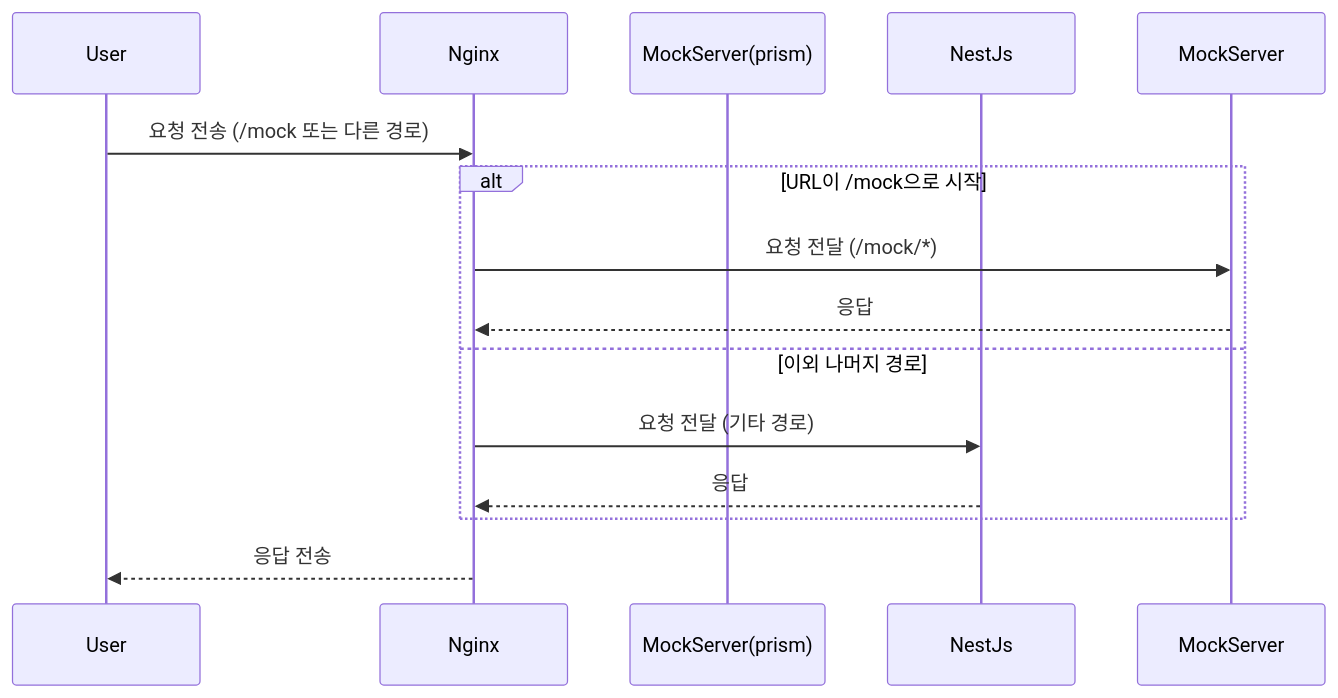
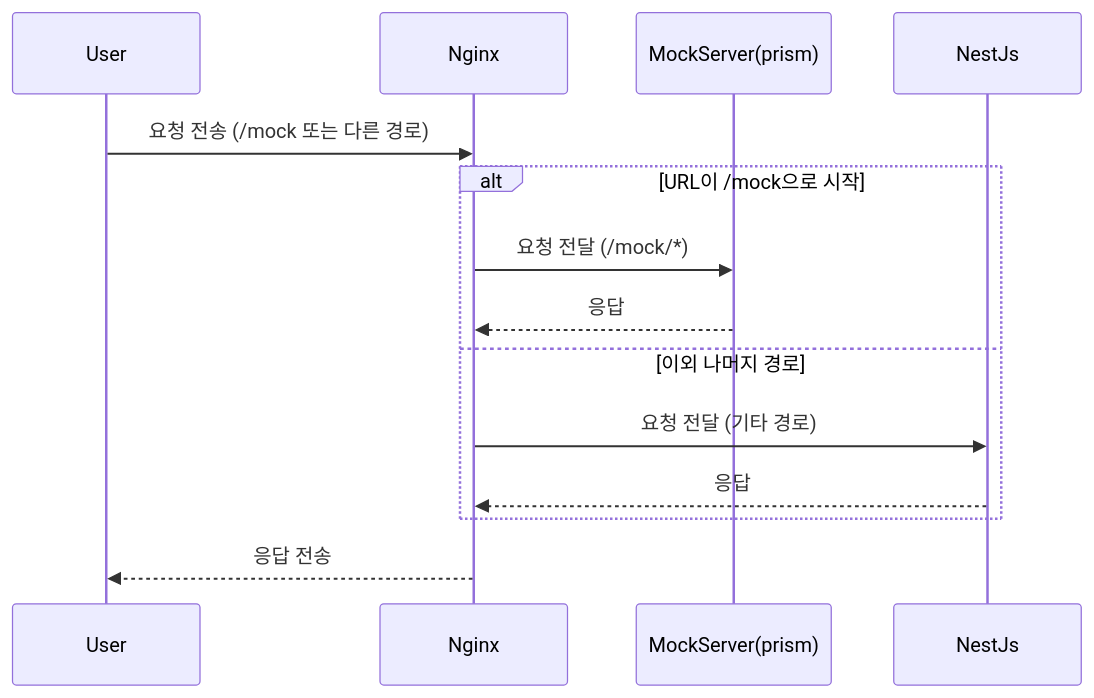
The first of 6 diagrams in README.md (getBlackBadge/3rd-concert), drawn with Mermaid before and after one commit.

Commit message:
[docs] mock server 다이어그램 수정

````diff
--- a/README.md
+++ b/README.md
@@ -19,17 +19,17 @@
 ```mermaid
 sequenceDiagram
     participant User
     participant Nginx
-    participant MockServer(prism)
+    participant MockServer as MockServer(prism)
     participant NestJs
 
     User ->> Nginx: 요청 전송 (/mock 또는 다른 경로)
     alt URL이 /mock으로 시작
         Nginx ->> MockServer: 요청 전달 (/mock/*)
         MockServer -->> Nginx: 응답
     else 이외 나머지 경로
         Nginx ->> NestJs: 요청 전달 (기타 경로)
         NestJs -->> Nginx: 응답
     end
     Nginx -->> User: 응답 전송
 ```
````
